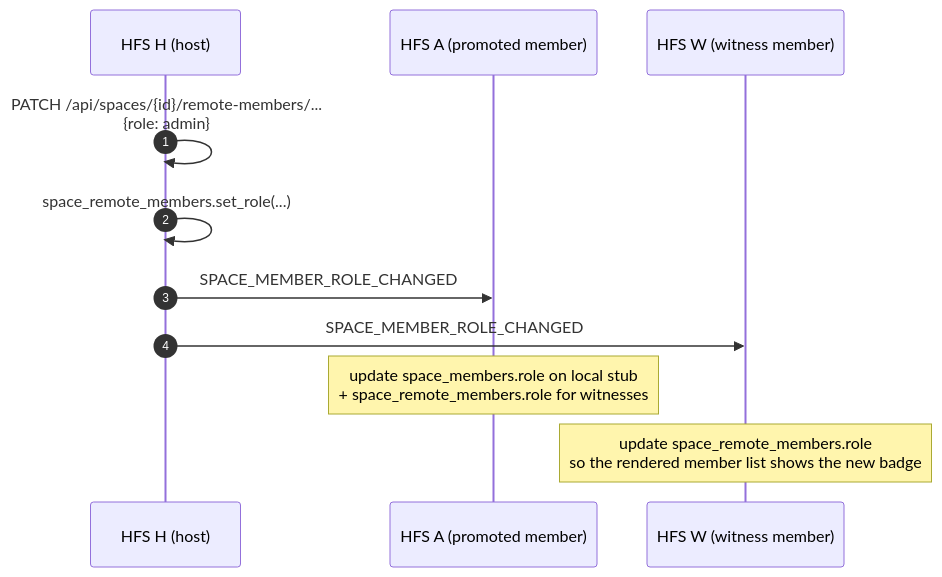
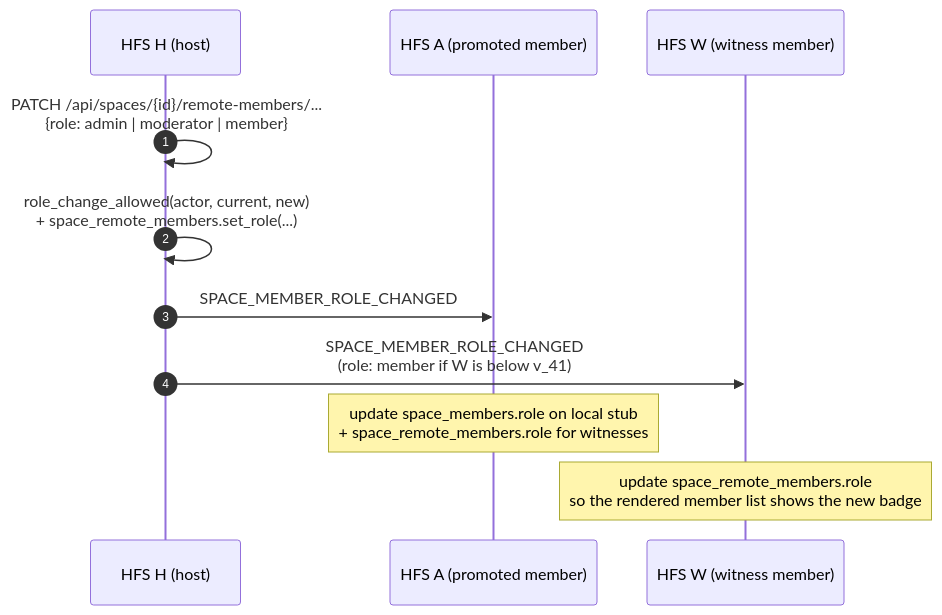
One commit to social-home-io/socialhome changed the sixth of 13 diagrams in docs/protocol/spaces.md. Above: the diagram before and after it, drawn with Mermaid. The commit also changed other lines of this file and 83 other files, not shown here.

First line of the commit message:
Spaces get a Moderator role: review content, no say over settings

````diff
--- a/docs/protocol/spaces.md
+++ b/docs/protocol/spaces.md
@@ -1142,13 +1191,13 @@
 ```mermaid
 sequenceDiagram
     autonumber
     participant H as HFS H (host)
     participant A as HFS A (promoted member)
     participant W as HFS W (witness member)
-    H->>H: PATCH /api/spaces/{id}/remote-members/...<br/>{role: admin}
-    H->>H: space_remote_members.set_role(...)
+    H->>H: PATCH /api/spaces/{id}/remote-members/...<br/>{role: admin | moderator | member}
+    H->>H: role_change_allowed(actor, current, new)<br/>+ space_remote_members.set_role(...)
     H->>A: SPACE_MEMBER_ROLE_CHANGED
-    H->>W: SPACE_MEMBER_ROLE_CHANGED
+    H->>W: SPACE_MEMBER_ROLE_CHANGED<br/>(role: member if W is below v_41)
     Note over A: update space_members.role on local stub<br/>+ space_remote_members.role for witnesses
     Note over W: update space_remote_members.role<br/>so the rendered member list shows the new badge
 ```
````
